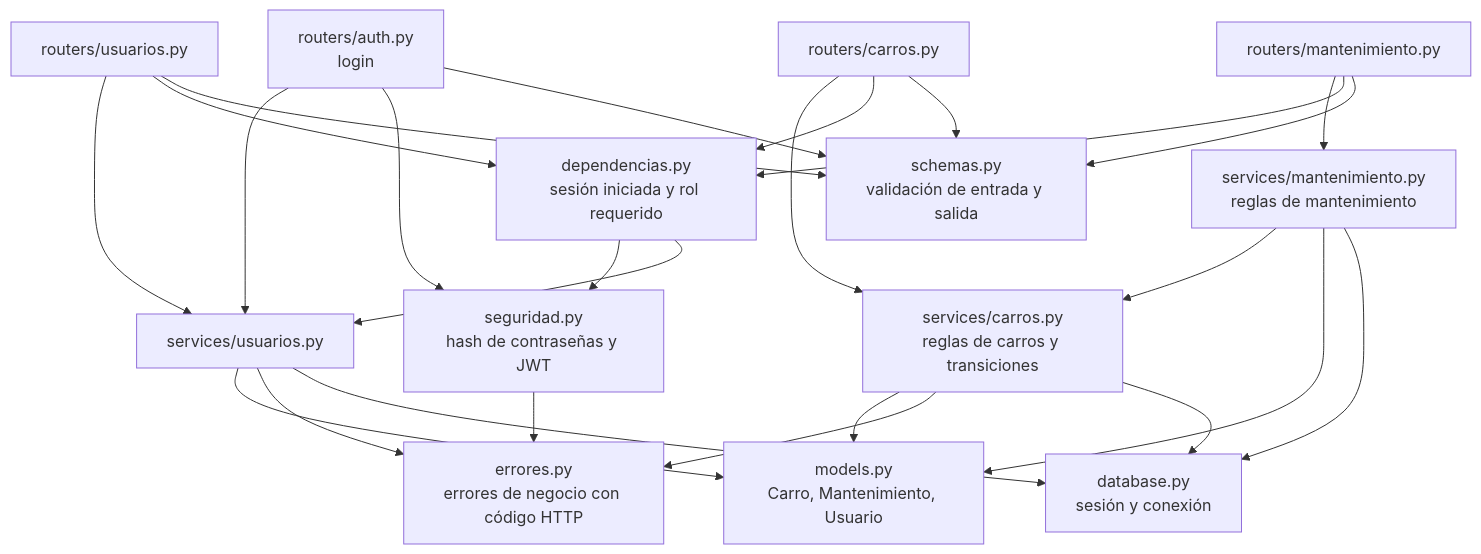
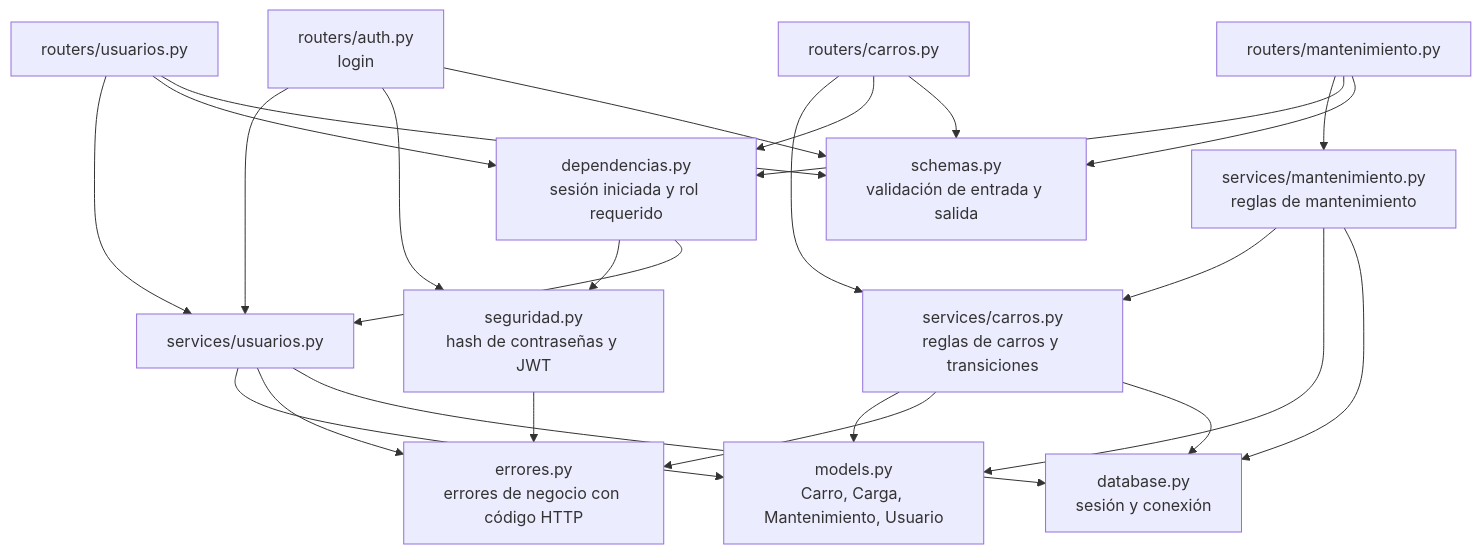
One commit to Jazzon001/Container-Tracking changed the third of 3 diagrams in docs/arquitectura.md. Above: the diagram before and after it, drawn with Mermaid. The commit also changed other lines of this file, not shown here.

Commit message:
docs: actualizar la arquitectura con el historial de cargas

````diff
--- a/docs/arquitectura.md
+++ b/docs/arquitectura.md
@@ -47,41 +47,41 @@
 ```mermaid
 flowchart TB
     rauth["routers/auth.py<br/>login"]
     rusu["routers/usuarios.py"]
     rc["routers/carros.py"]
     rm["routers/mantenimiento.py"]
     dep["dependencias.py<br/>sesión iniciada y rol requerido"]
     seg["seguridad.py<br/>hash de contraseñas y JWT"]
     su["services/usuarios.py"]
     sc["services/carros.py<br/>reglas de carros y transiciones"]
     sm["services/mantenimiento.py<br/>reglas de mantenimiento"]
     err["errores.py<br/>errores de negocio con código HTTP"]
-    mod["models.py<br/>Carro, Mantenimiento, Usuario"]
+    mod["models.py<br/>Carro, Carga, Mantenimiento, Usuario"]
     sch["schemas.py<br/>validación de entrada y salida"]
     db["database.py<br/>sesión y conexión"]
 
     rauth --> su
     rauth --> seg
     rusu --> su
     rc --> sc
     rm --> sm
     sm --> sc
     rusu --> dep
     rc --> dep
     rm --> dep
     dep --> seg
     dep --> su
     su --> mod
     sc --> mod
     sm --> mod
     su --> err
     sc --> err
     seg --> err
     rc --> sch
     rm --> sch
     rauth --> sch
     rusu --> sch
     su --> db
     sc --> db
     sm --> db
 ```
````
